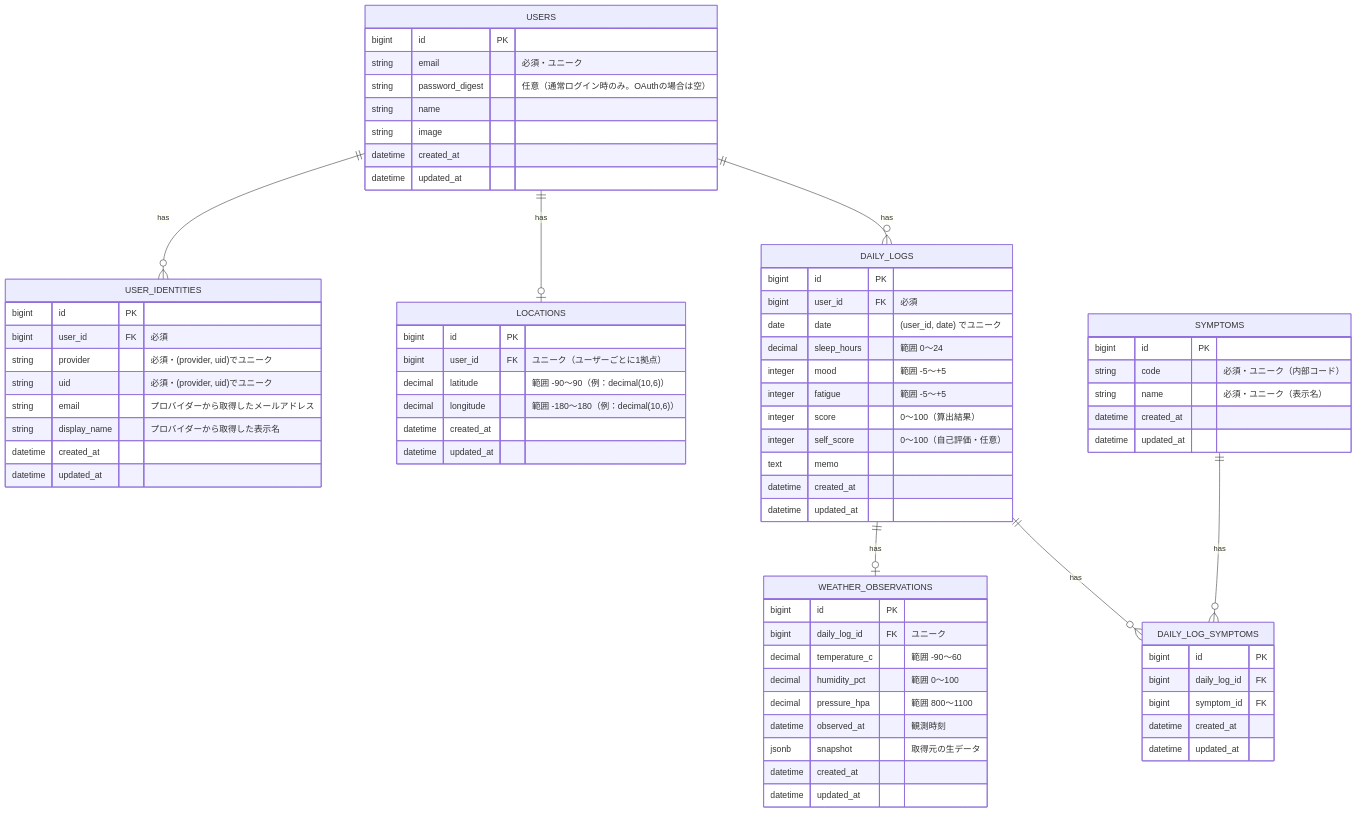
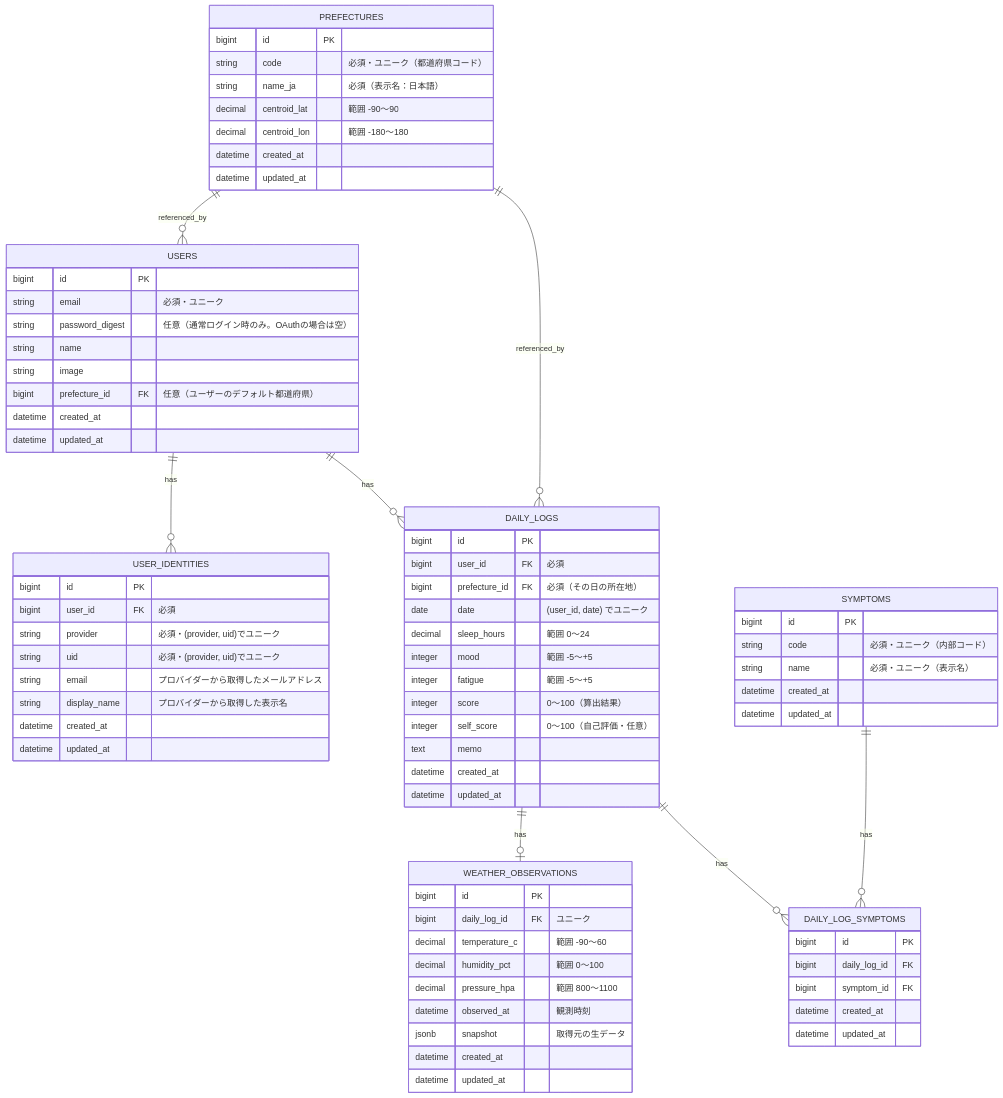
Before and after one commit to kanno114/Climode: the diagram in README.md, drawn with Mermaid.

Commit message:
docs: READMEのER図を修正

````diff
--- a/README.md
+++ b/README.md
@@ -153,11 +153,13 @@
 ``` Mermaid
 erDiagram
   USERS ||--o{ USER_IDENTITIES : has
-  USERS ||--o| LOCATIONS : has
   USERS ||--o{ DAILY_LOGS : has
   DAILY_LOGS ||--o| WEATHER_OBSERVATIONS : has
   DAILY_LOGS ||--o{ DAILY_LOG_SYMPTOMS : has
   SYMPTOMS ||--o{ DAILY_LOG_SYMPTOMS : has
+
+  PREFECTURES ||--o{ USERS : referenced_by
+  PREFECTURES ||--o{ DAILY_LOGS : referenced_by
 
   USERS {
     bigint   id PK
@@ -165,6 +167,7 @@
     string   password_digest "任意（通常ログイン時のみ。OAuthの場合は空）"
     string   name
     string   image
+    bigint   prefecture_id FK "任意（ユーザーのデフォルト都道府県）"
     datetime created_at
     datetime updated_at
   }
@@ -175,16 +178,7 @@
     string   provider "必須・(provider, uid)でユニーク"
     string   uid      "必須・(provider, uid)でユニーク"
     string   email    "プロバイダーから取得したメールアドレス"
-    string   display_name  "プロバイダーから取得した表示名"
-    datetime created_at
-    datetime updated_at
-  }
-
-  LOCATIONS {
-    bigint   id PK
-    bigint   user_id FK "ユニーク（ユーザーごとに1拠点）"
-    decimal  latitude  "範囲 -90〜90（例：decimal(10,6)）"
-    decimal  longitude "範囲 -180〜180（例：decimal(10,6)）"
+    string   display_name "プロバイダーから取得した表示名"
     datetime created_at
     datetime updated_at
   }
@@ -192,6 +186,7 @@
   DAILY_LOGS {
     bigint   id PK
     bigint   user_id FK "必須"
+    bigint   prefecture_id FK "必須（その日の所在地）"
     date     date "(user_id, date) でユニーク"
     decimal  sleep_hours "範囲 0〜24"
     integer  mood "範囲 -5〜+5"
@@ -218,7 +213,7 @@
   DAILY_LOG_SYMPTOMS {
     bigint   id PK
     bigint   daily_log_id FK
-    bigint   symptom_id   FK
+    bigint   symptom_id FK
     datetime created_at
     datetime updated_at
   }
@@ -231,4 +226,13 @@
     datetime updated_at
   }
 
+  PREFECTURES {
+    bigint   id PK
+    string   code "必須・ユニーク（都道府県コード）"
+    string   name_ja "必須（表示名：日本語）"
+    decimal  centroid_lat "範囲 -90〜90"
+    decimal  centroid_lon "範囲 -180〜180"
+    datetime created_at
+    datetime updated_at
+  }
 ```
````
